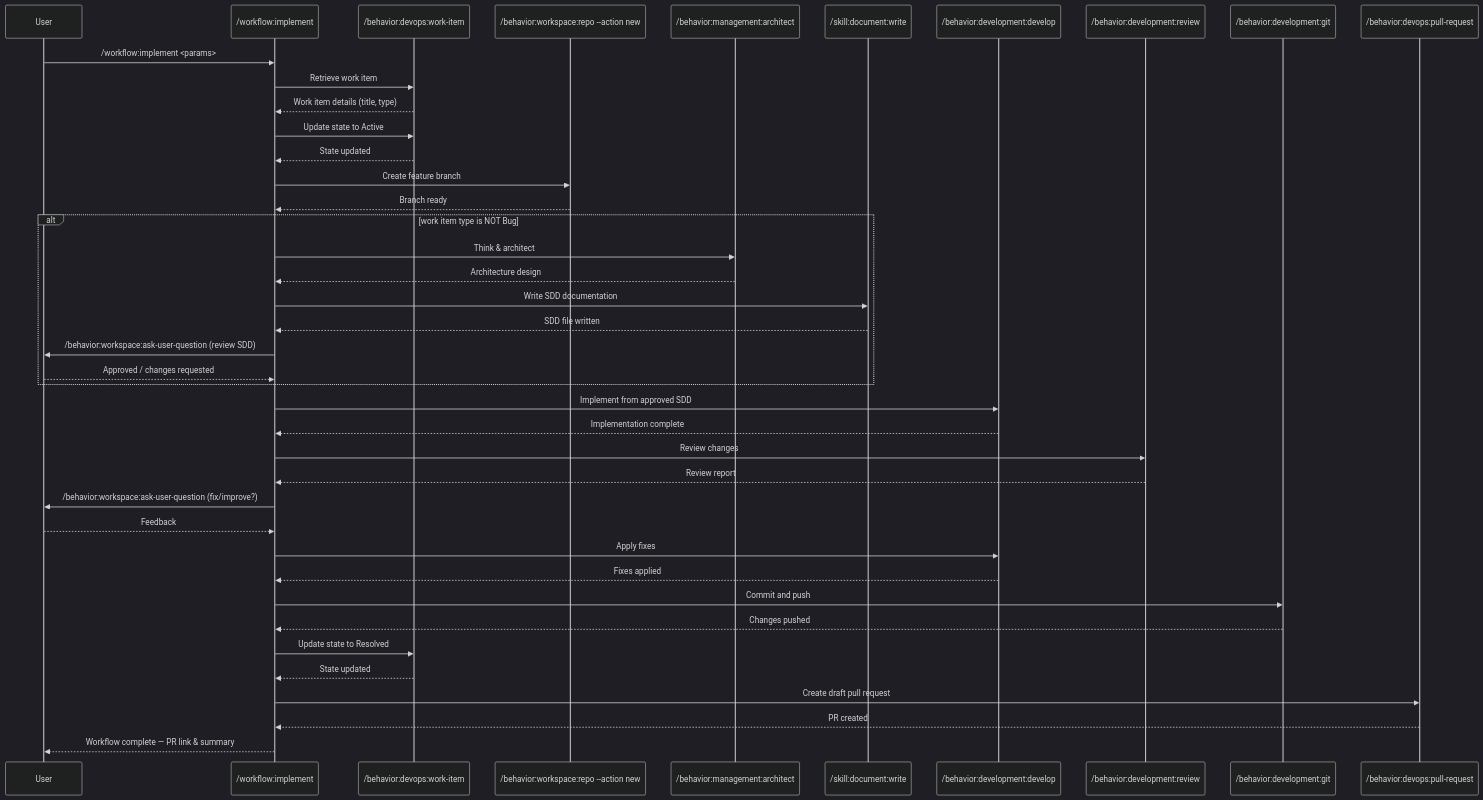
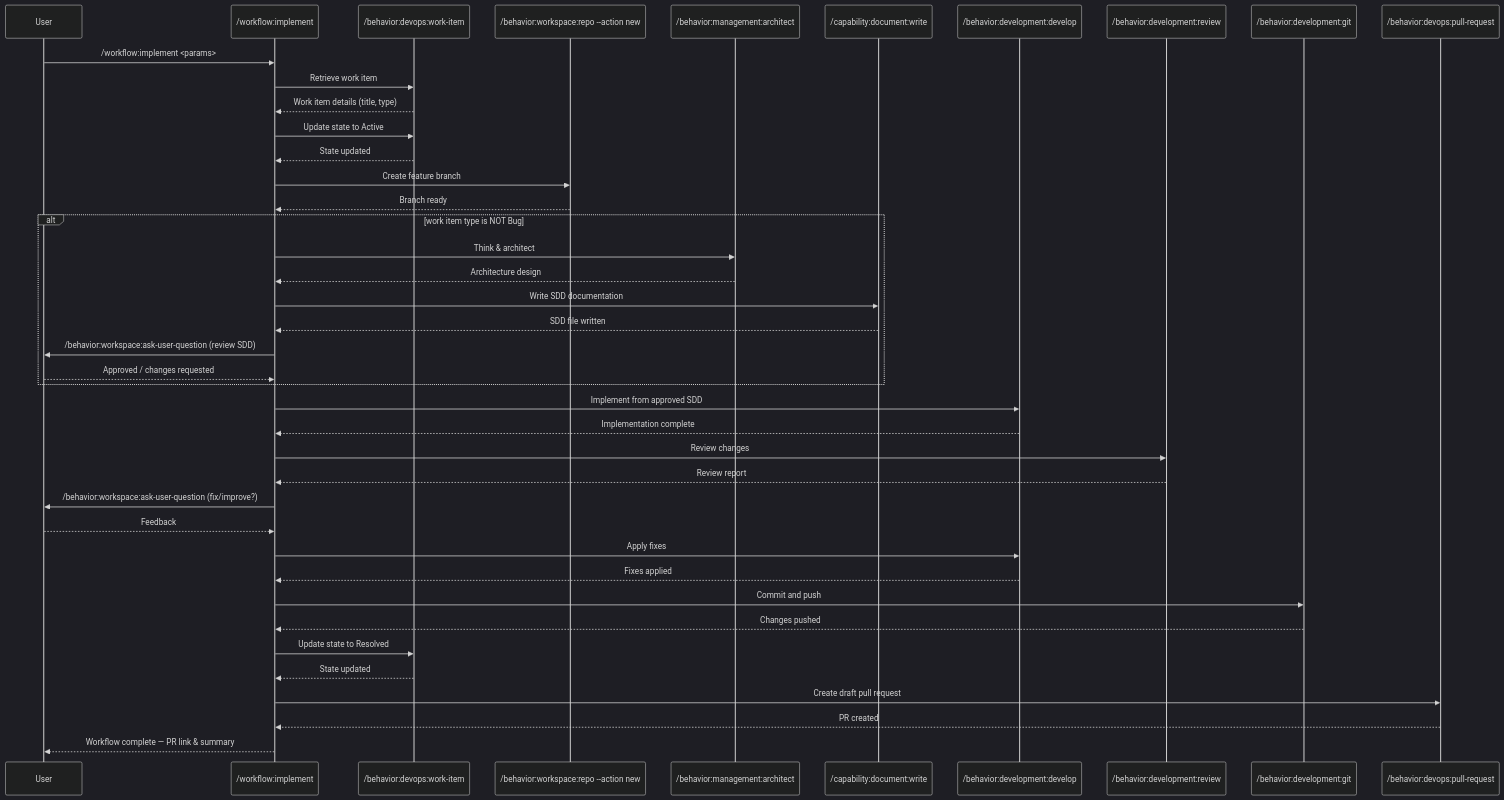
One commit to zzaia/zzaia-agentic-workspace changed the diagram in .claude/commands/workflow/implement.md. Above: the diagram before and after it, drawn with Mermaid (dark theme). The commit also changed other lines of this file and 106 other files, not shown here.

Commit message:
Change the skill layer to capability to avoid confusion between the skill pattern;

````diff
--- a/.claude/commands/workflow/implement.md
+++ b/.claude/commands/workflow/implement.md
@@ -112,54 +112,54 @@
 ```mermaid
 sequenceDiagram
     participant U as User
     participant P as /workflow:implement
     participant WI as /behavior:devops:work-item
     participant WN as /behavior:workspace:repo --action new
     participant MA as /behavior:management:architect
-    participant DW as /skill:document:write
+    participant DW as /capability:document:write
     participant DD as /behavior:development:develop
     participant DR as /behavior:development:review
     participant DG as /behavior:development:git
     participant PR as /behavior:devops:pull-request
 
     U->>P: /workflow:implement <params>
 
     P->>WI: Retrieve work item
     WI-->>P: Work item details (title, type)
     P->>WI: Update state to Active
     WI-->>P: State updated
 
     P->>WN: Create feature branch
     WN-->>P: Branch ready
 
     alt work item type is NOT Bug
         P->>MA: Think & architect
         MA-->>P: Architecture design
 
         P->>DW: Write SDD documentation
         DW-->>P: SDD file written
 
         P->>U: /behavior:workspace:ask-user-question (review SDD)
         U-->>P: Approved / changes requested
     end
 
     P->>DD: Implement from approved SDD
     DD-->>P: Implementation complete
 
     P->>DR: Review changes
     DR-->>P: Review report
     P->>U: /behavior:workspace:ask-user-question (fix/improve?)
     U-->>P: Feedback
     P->>DD: Apply fixes
     DD-->>P: Fixes applied
 
     P->>DG: Commit and push
     DG-->>P: Changes pushed
     P->>WI: Update state to Resolved
     WI-->>P: State updated
 
     P->>PR: Create draft pull request
     PR-->>P: PR created
 
     P-->>U: Workflow complete — PR link & summary
 ```
````
